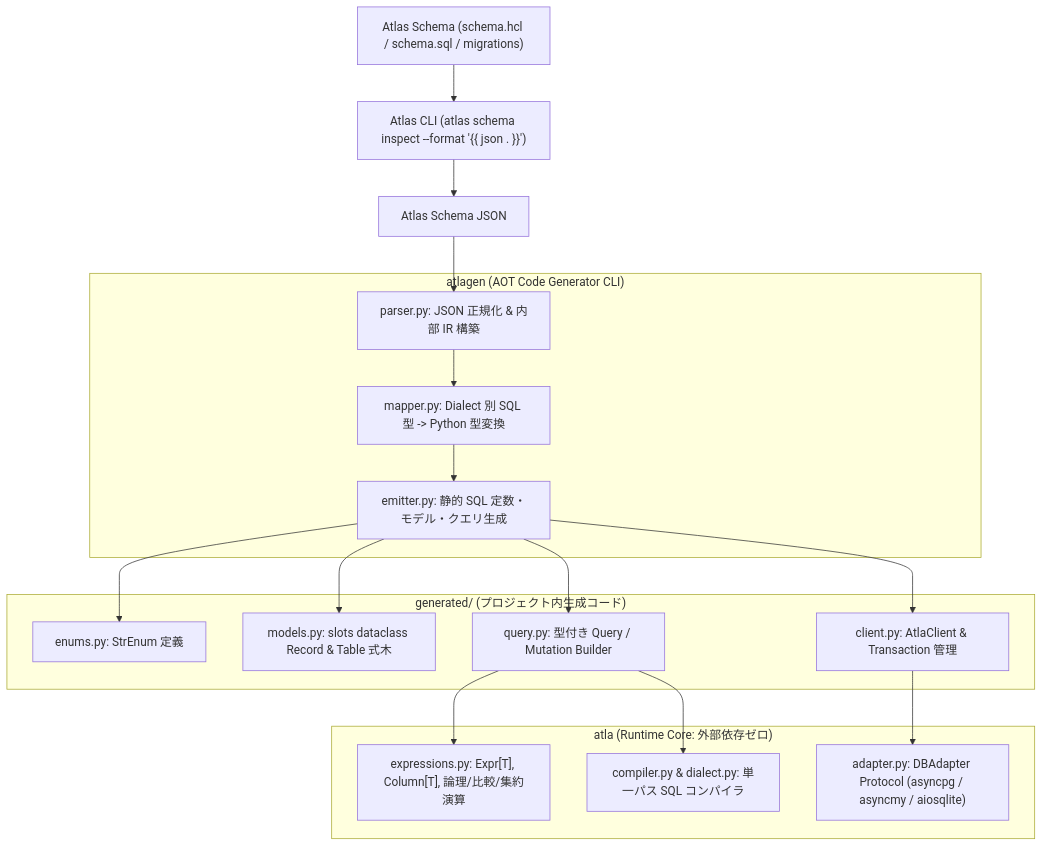
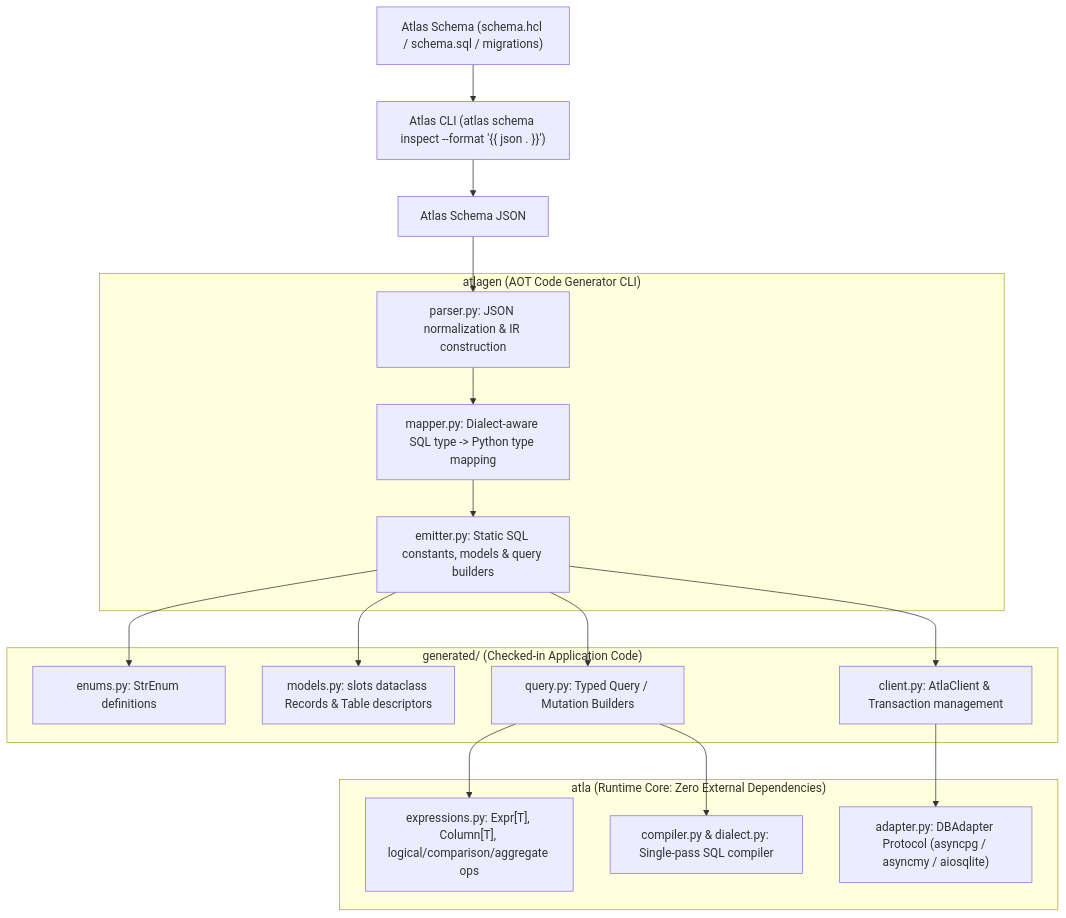
One commit to hirokazumiyaji/atla changed the diagram in README.md. Above: the diagram before and after it, drawn with Mermaid. The commit also changed other lines of this file and 4 other files, not shown here.

````diff
--- a/README.md
+++ b/README.md
@@ -27,31 +27,31 @@
 ```mermaid
 flowchart TD
     Schema["Atlas Schema (schema.hcl / schema.sql / migrations)"]
     Inspect["Atlas CLI (atlas schema inspect --format '{{ json . }}')"]
     JSON["Atlas Schema JSON"]
 
     subgraph atlagen ["atlagen (AOT Code Generator CLI)"]
-        Parser["parser.py: JSON 正規化 & 内部 IR 構築"]
-        Mapper["mapper.py: Dialect 別 SQL 型 -> Python 型変換"]
-        Emitter["emitter.py: 静的 SQL 定数・モデル・クエリ生成"]
+        Parser["parser.py: JSON normalization & IR construction"]
+        Mapper["mapper.py: Dialect-aware SQL type -> Python type mapping"]
+        Emitter["emitter.py: Static SQL constants, models & query builders"]
         Parser --> Mapper --> Emitter
     end
 
-    subgraph generated ["generated/ (プロジェクト内生成コード)"]
-        Enums["enums.py: StrEnum 定義"]
-        Models["models.py: slots dataclass Record & Table 式木"]
-        Query["query.py: 型付き Query / Mutation Builder"]
-        Client["client.py: AtlaClient & Transaction 管理"]
+    subgraph generated ["generated/ (Checked-in Application Code)"]
+        Enums["enums.py: StrEnum definitions"]
+        Models["models.py: slots dataclass Records & Table descriptors"]
+        Query["query.py: Typed Query / Mutation Builders"]
+        Client["client.py: AtlaClient & Transaction management"]
     end
 
-    subgraph atla ["atla (Runtime Core: 外部依存ゼロ)"]
-        Expr["expressions.py: Expr[T], Column[T], 論理/比較/集約演算"]
-        Compiler["compiler.py & dialect.py: 単一パス SQL コンパイラ"]
+    subgraph atla ["atla (Runtime Core: Zero External Dependencies)"]
+        Expr["expressions.py: Expr[T], Column[T], logical/comparison/aggregate ops"]
+        Compiler["compiler.py & dialect.py: Single-pass SQL compiler"]
         Adapter["adapter.py: DBAdapter Protocol (asyncpg / asyncmy / aiosqlite)"]
     end
 
     Schema --> Inspect --> JSON --> Parser
     Emitter --> Enums & Models & Query & Client
     Query --> Expr & Compiler
     Client --> Adapter
 ```
````
